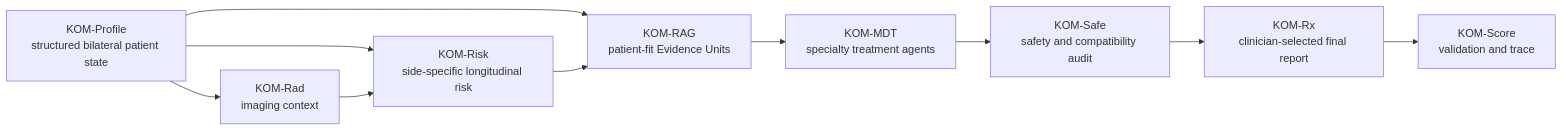
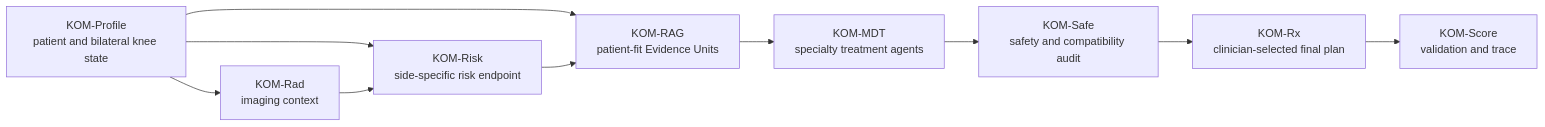
The diagram in README.md (jacobliuweizhi/KOM), drawn with Mermaid before and after one commit. The commit also changed other lines of this file, not shown here.

````diff
--- a/README.md
+++ b/README.md
@@ -45,12 +73,12 @@
 ```mermaid
 flowchart LR
-  A["KOM-Profile<br/>structured bilateral patient state"] --> B["KOM-Rad<br/>imaging context"]
-  A --> C["KOM-Risk<br/>side-specific longitudinal risk"]
+  A["KOM-Profile<br/>patient and bilateral knee state"] --> B["KOM-Rad<br/>imaging context"]
+  A --> C["KOM-Risk<br/>side-specific risk endpoint"]
   A --> D["KOM-RAG<br/>patient-fit Evidence Units"]
   B --> C
   C --> D
   D --> E["KOM-MDT<br/>specialty treatment agents"]
   E --> F["KOM-Safe<br/>safety and compatibility audit"]
-  F --> G["KOM-Rx<br/>clinician-selected final report"]
+  F --> G["KOM-Rx<br/>clinician-selected final plan"]
   G --> H["KOM-Score<br/>validation and trace"]
 ```
````
